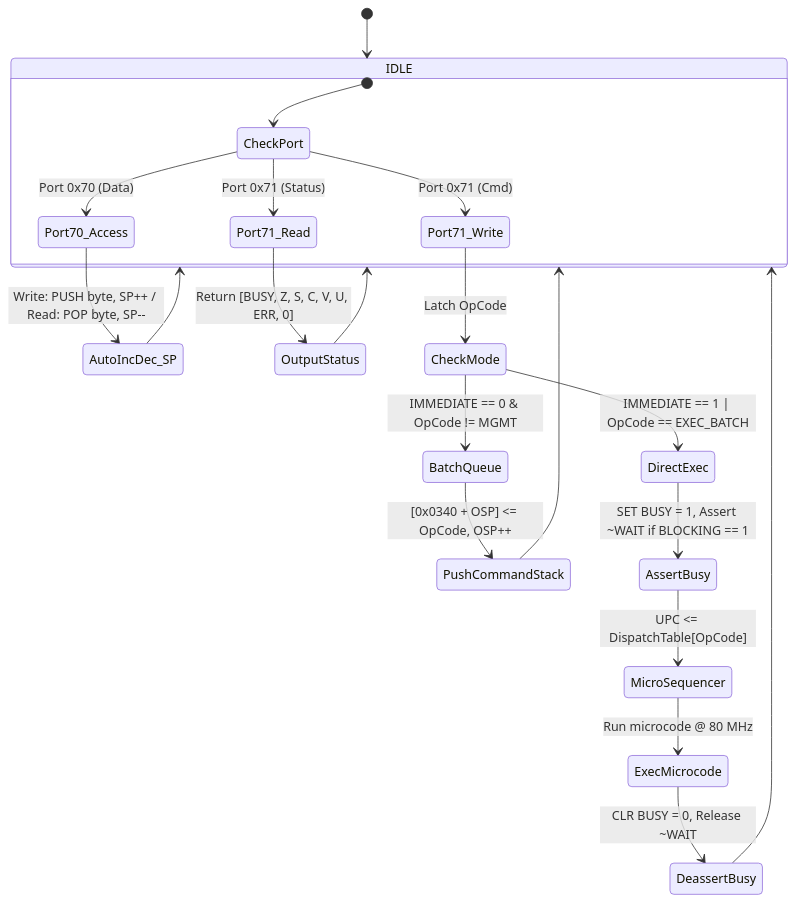
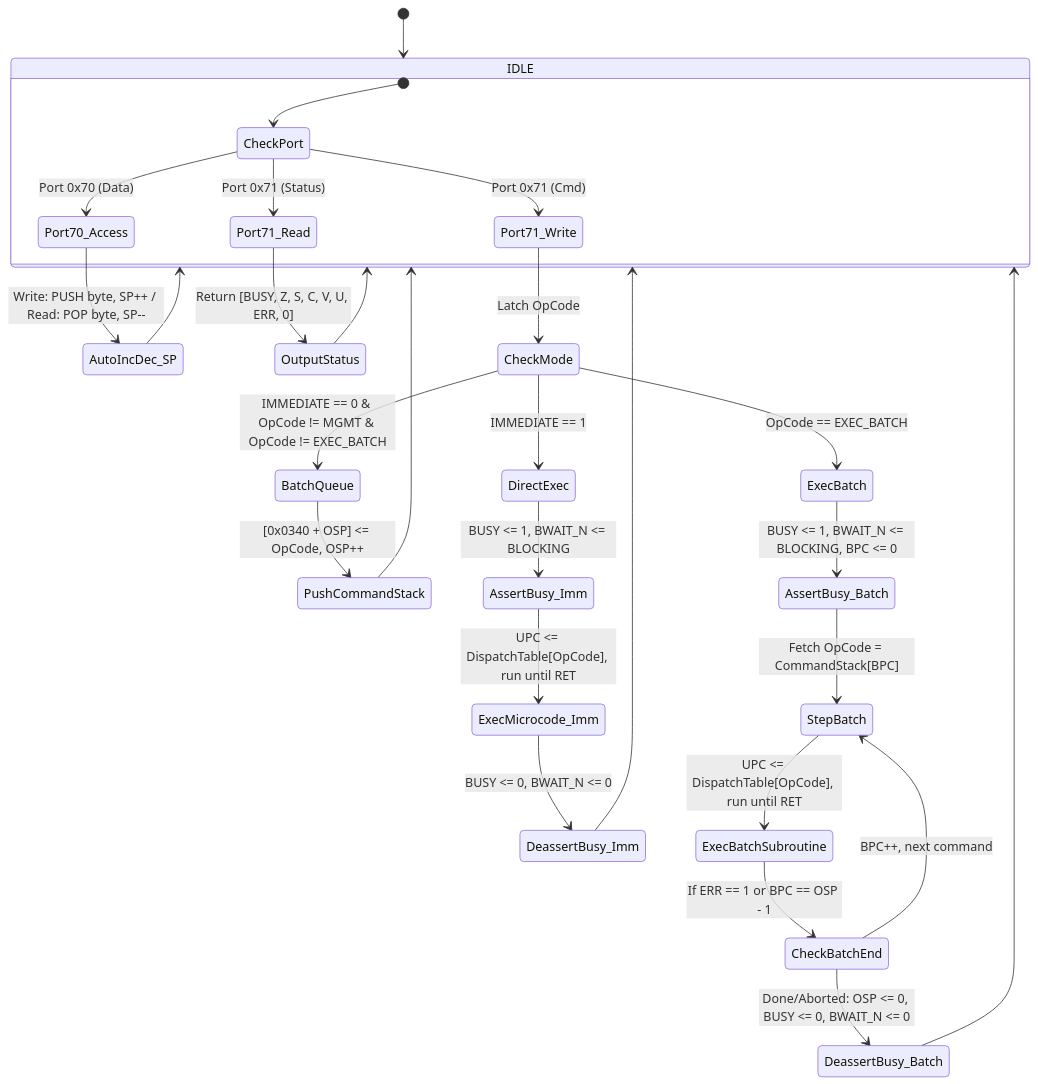
One commit to mmosko/Zx50 changed the second of 2 diagrams in fpu/fpu_rev2/SystemDesign.md. Above: the diagram before and after it, drawn with Mermaid. The commit also changed other lines of this file and 3 other files, not shown here.

````diff
--- a/fpu/fpu_rev2/SystemDesign.md
+++ b/fpu/fpu_rev2/SystemDesign.md
@@ -870,30 +1599,38 @@
 ```mermaid
 stateDiagram-v2
     [*] --> IDLE
     
     state IDLE {
         [*] --> CheckPort
         CheckPort --> Port70_Access : Port 0x70 (Data)
         CheckPort --> Port71_Write  : Port 0x71 (Cmd)
         CheckPort --> Port71_Read   : Port 0x71 (Status)
     }
 
     Port70_Access --> AutoIncDec_SP : Write: PUSH byte, SP++ / Read: POP byte, SP--
     AutoIncDec_SP --> IDLE
 
     Port71_Read --> OutputStatus : Return [BUSY, Z, S, C, V, U, ERR, 0]
     OutputStatus --> IDLE
 
     Port71_Write --> CheckMode : Latch OpCode
-    CheckMode --> BatchQueue : IMMEDIATE == 0 & OpCode != MGMT
-    CheckMode --> DirectExec : IMMEDIATE == 1 | OpCode == EXEC_BATCH
+    CheckMode --> BatchQueue : IMMEDIATE == 0 & OpCode != MGMT & OpCode != EXEC_BATCH
+    CheckMode --> DirectExec : IMMEDIATE == 1
+    CheckMode --> ExecBatch  : OpCode == EXEC_BATCH
 
     BatchQueue --> PushCommandStack : [0x0340 + OSP] <= OpCode, OSP++
     PushCommandStack --> IDLE
 
-    DirectExec --> AssertBusy : SET BUSY = 1, Assert ~WAIT if BLOCKING == 1
-    AssertBusy --> MicroSequencer : UPC <= DispatchTable[OpCode]
-    MicroSequencer --> ExecMicrocode : Run microcode @ 80 MHz
-    ExecMicrocode --> DeassertBusy : CLR BUSY = 0, Release ~WAIT
-    DeassertBusy --> IDLE
+    DirectExec --> AssertBusy_Imm : BUSY <= 1, BWAIT_N <= BLOCKING
+    AssertBusy_Imm --> ExecMicrocode_Imm : UPC <= DispatchTable[OpCode], run until RET
+    ExecMicrocode_Imm --> DeassertBusy_Imm : BUSY <= 0, BWAIT_N <= 0
+    DeassertBusy_Imm --> IDLE
+
+    ExecBatch --> AssertBusy_Batch : BUSY <= 1, BWAIT_N <= BLOCKING, BPC <= 0
+    AssertBusy_Batch --> StepBatch : Fetch OpCode = CommandStack[BPC]
+    StepBatch --> ExecBatchSubroutine : UPC <= DispatchTable[OpCode], run until RET
+    ExecBatchSubroutine --> CheckBatchEnd : If ERR == 1 or BPC == OSP - 1
+    CheckBatchEnd --> StepBatch : BPC++, next command
+    CheckBatchEnd --> DeassertBusy_Batch : Done/Aborted: OSP <= 0, BUSY <= 0, BWAIT_N <= 0
+    DeassertBusy_Batch --> IDLE
 ```
````
